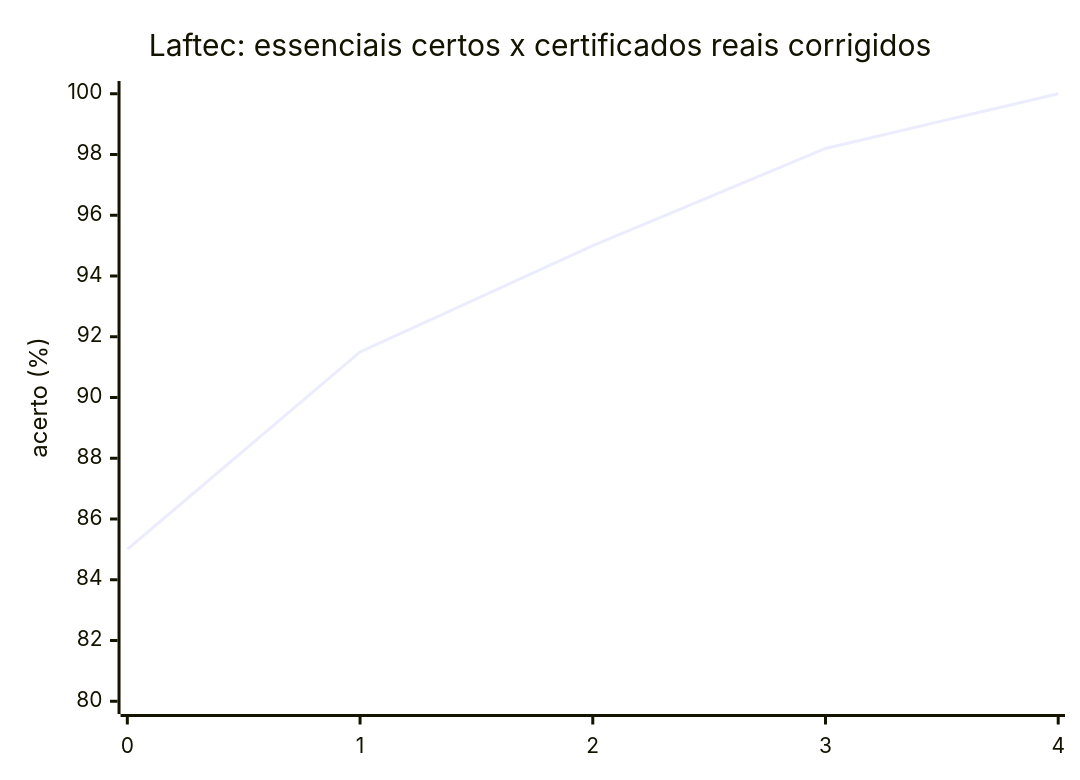
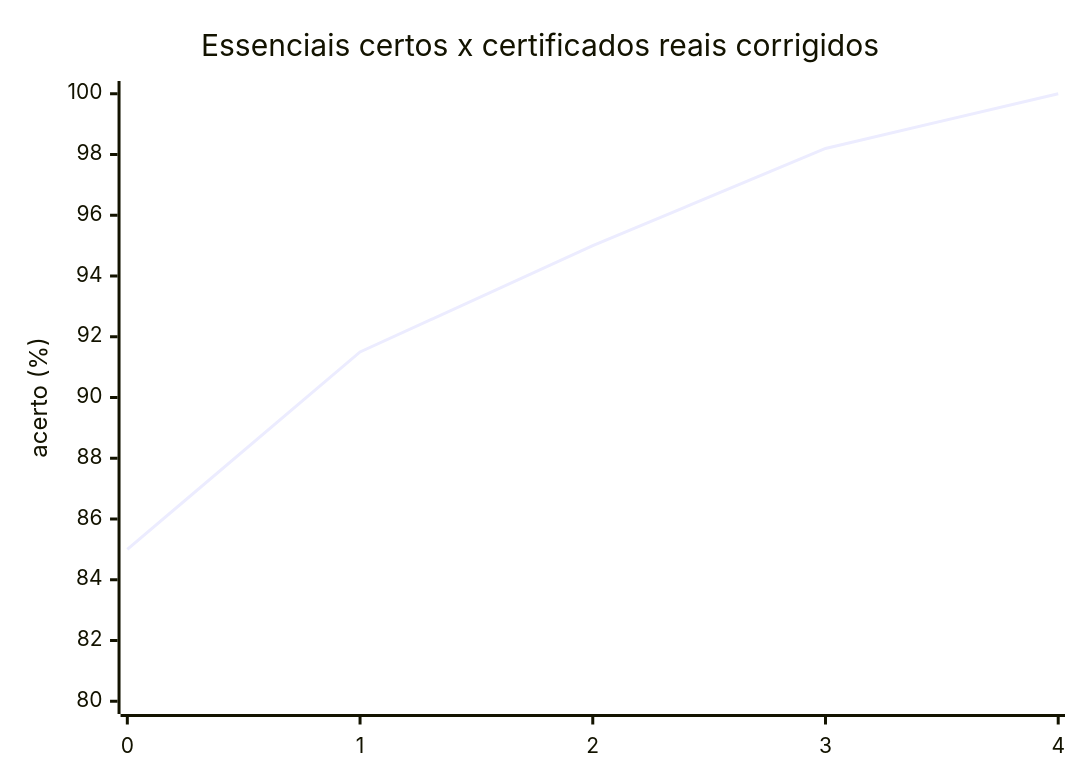
The third of 3 diagrams in README.md (jcesarmph-ui/LeitorCertificadosIA), drawn with Mermaid before and after one commit. The commit also changed other lines of this file and 5 other files, not shown here.

````diff
--- a/README.md
+++ b/README.md
@@ -363,7 +363,7 @@
 ```mermaid
 xychart-beta
-    title "Laftec: essenciais certos x certificados reais corrigidos"
+    title "Essenciais certos x certificados reais corrigidos"
     x-axis ["0", "1", "2", "3", "4"]
     y-axis "acerto (%)" 80 --> 100
     line [85.0, 91.5, 95.0, 98.2, 100]
 ```
````
